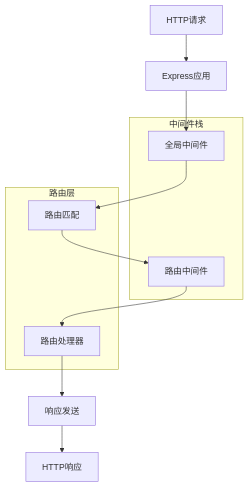
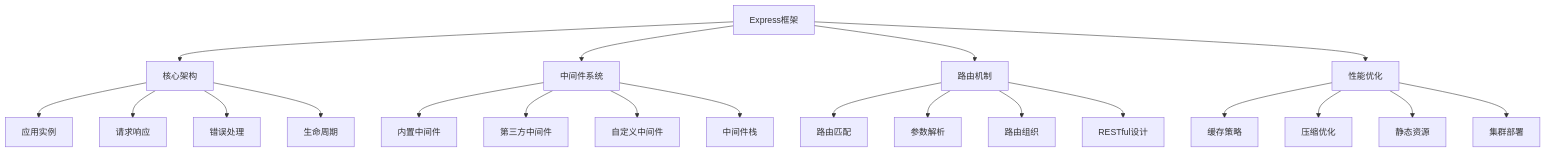
Before and after one commit to ming-xwolf/IQB: the diagram in questions/backend/nodejs-express.md, drawn with Mermaid. The commit also changed other lines of this file and 23 other files, not shown here.

Commit message:
优化后端面试题：重构理论与代码分离，优化Mermaid图表和文档结构

````diff
--- a/questions/backend/nodejs-express.md
+++ b/questions/backend/nodejs-express.md
@@ -18,20 +31,27 @@
 ```mermaid
-flowchart TD
-    A[HTTP请求] --> B[Express应用]
-    B --> C[全局中间件]
-    C --> D[路由匹配]
-    D --> E[路由中间件]
-    E --> F[路由处理器]
-    F --> G[响应发送]
-    G --> H[HTTP响应]
+graph TB
+    A[Express框架] --> B[核心架构]
+    A --> C[中间件系统]
+    A --> D[路由机制]
+    A --> E[性能优化]
     
-    subgraph "中间件栈"
-        C
-        E
-    end
+    B --> B1[应用实例]
+    B --> B2[请求响应]
+    B --> B3[错误处理]
+    B --> B4[生命周期]
     
-    subgraph "路由层"
-        D
-        F
-    end
+    C --> C1[内置中间件]
+    C --> C2[第三方中间件]
+    C --> C3[自定义中间件]
+    C --> C4[中间件栈]
+    
+    D --> D1[路由匹配]
+    D --> D2[参数解析]
+    D --> D3[路由组织]
+    D --> D4[RESTful设计]
+    
+    E --> E1[缓存策略]
+    E --> E2[压缩优化]
+    E --> E3[静态资源]
+    E --> E4[集群部署]
 ```
````
